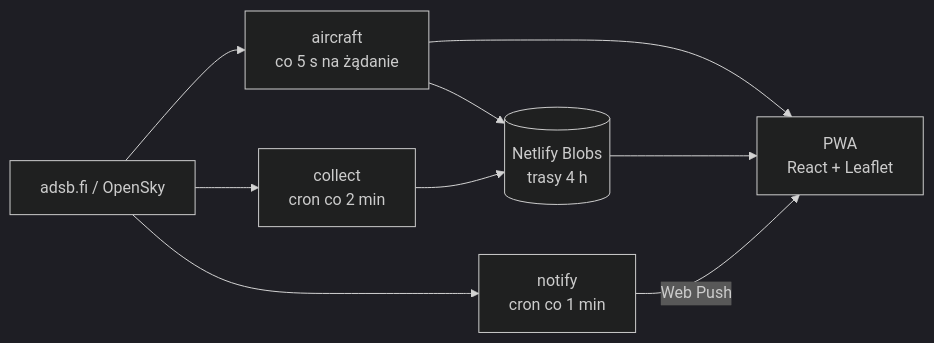
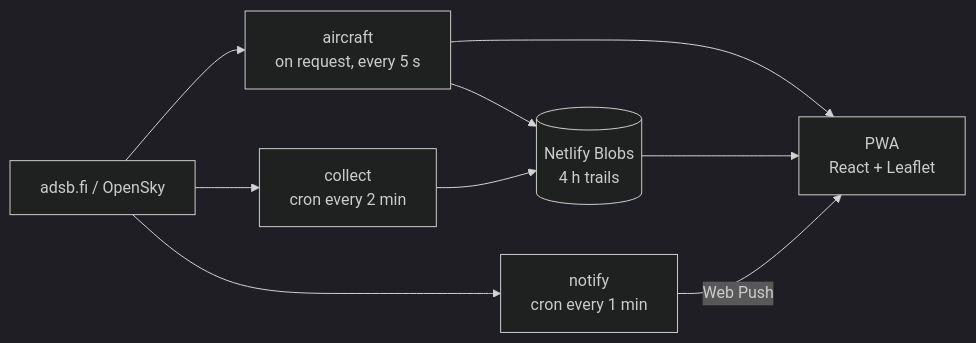
One commit to mporeba16/military-radar changed the diagram in README.md. Above: the diagram before and after it, drawn with Mermaid (dark theme). The commit also changed other lines of this file and 3 other files, not shown here.

````diff
--- a/README.md
+++ b/README.md
@@ -59,11 +62,11 @@
 ```mermaid
 flowchart LR
-  A[adsb.fi / OpenSky] --> F[aircraft<br/>co 5 s na żądanie]
-  A --> C[collect<br/>cron co 2 min]
-  F --> B[(Netlify Blobs<br/>trasy 4 h)]
+  A[adsb.fi / OpenSky] --> F[aircraft<br/>on request, every 5 s]
+  A --> C[collect<br/>cron every 2 min]
+  F --> B[(Netlify Blobs<br/>4 h trails)]
   C --> B
   F --> P[PWA<br/>React + Leaflet]
   B --> P
-  A --> N[notify<br/>cron co 1 min]
+  A --> N[notify<br/>cron every 1 min]
   N -->|Web Push| P
 ```
````
